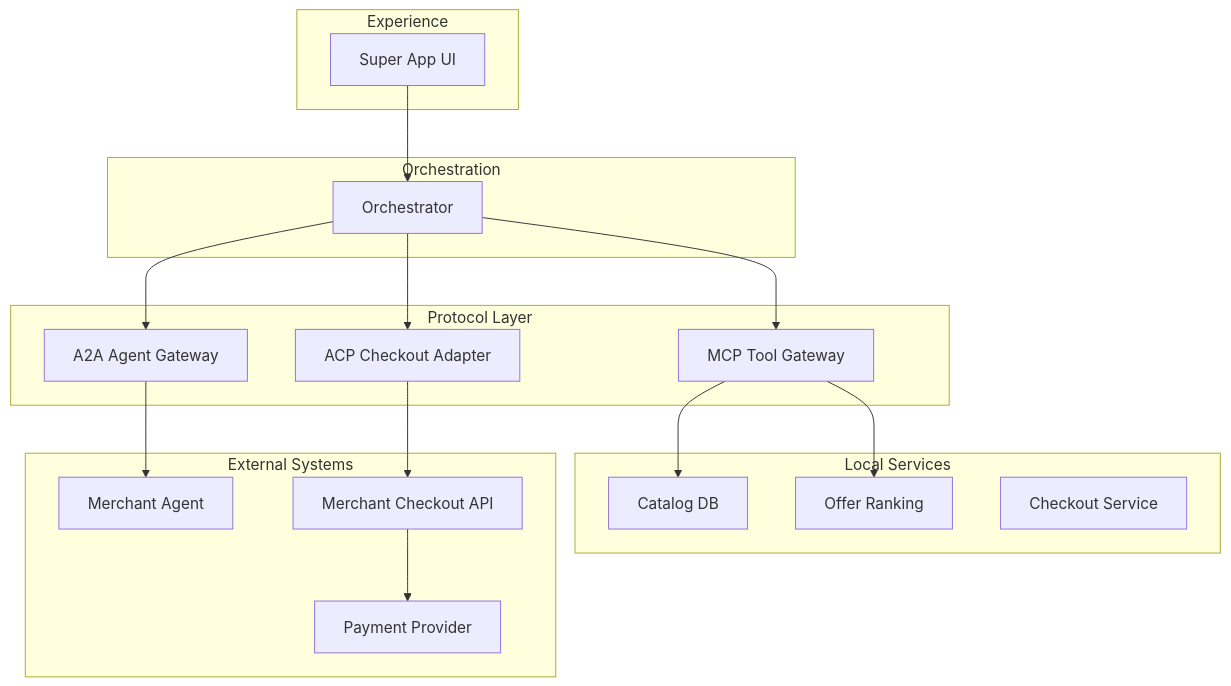
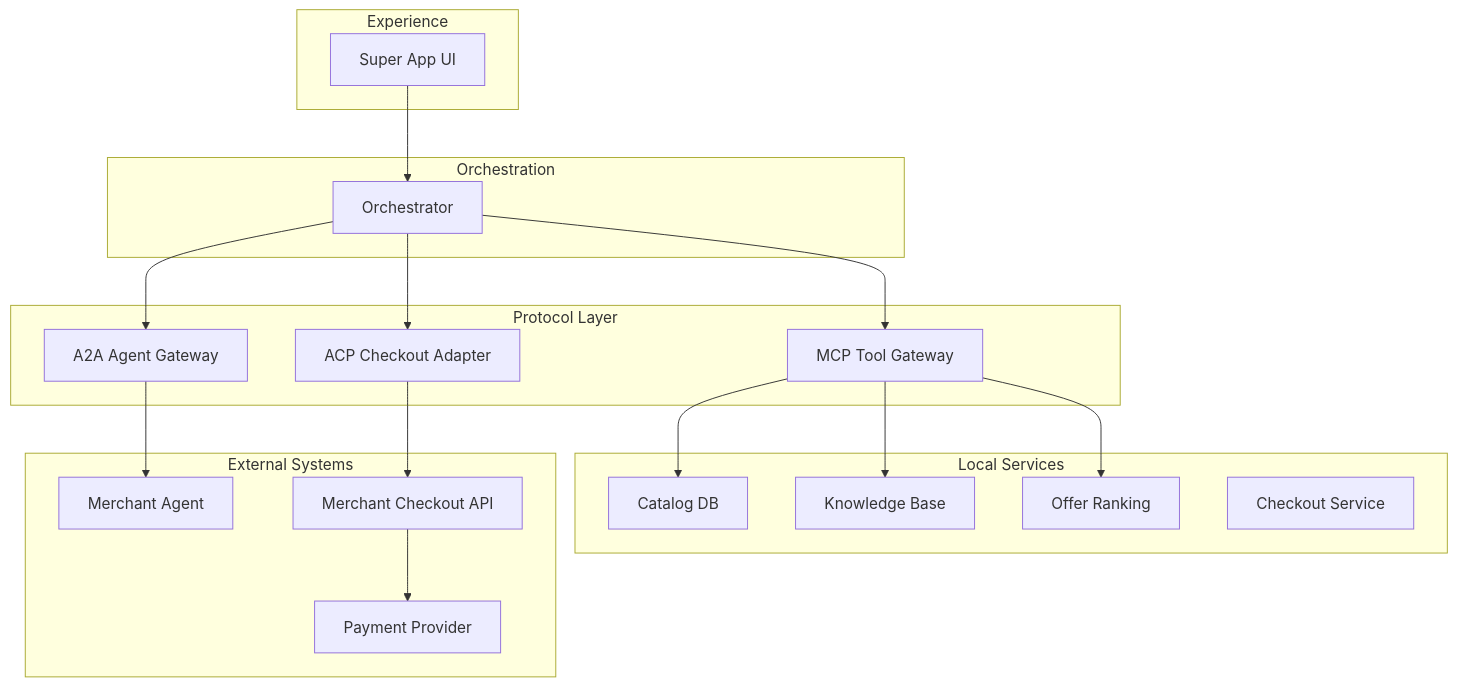
The first of 7 diagrams in understanding/design/layered-architecture-mvp.md (zhuohanl/agentic-commerce-protocol-demo), drawn with Mermaid before and after one commit. The commit also changed other lines of this file and 2 other files, not shown here.

Commit message:
Updated with knowledge base

````diff
--- a/understanding/design/layered-architecture-mvp.md
+++ b/understanding/design/layered-architecture-mvp.md
@@ -27,43 +27,45 @@
 ```mermaid
 flowchart TB
 
 subgraph L1[Experience]
 UI[Super App UI]
 end
 
 subgraph L2[Orchestration]
 Orch[Orchestrator]
 end
 
 subgraph L3[Protocol Layer]
 MCP[MCP Tool Gateway]
 A2A[A2A Agent Gateway]
 ACP[ACP Checkout Adapter]
 end
 
 subgraph L4[Local Services]
 Catalog[Catalog DB]
+KB[Knowledge Base]
 Ranker[Offer Ranking]
 Checkout[Checkout Service]
 end
 
 subgraph L5[External Systems]
 MerchantAgent[Merchant Agent]
 MerchantAPI[Merchant Checkout API]
 PSP[Payment Provider]
 end
 
 UI --> Orch
 
 Orch --> MCP
 Orch --> A2A
 Orch --> ACP
 
 MCP --> Catalog
+MCP --> KB
 MCP --> Ranker
 
 A2A --> MerchantAgent
 
 ACP --> MerchantAPI
 MerchantAPI --> PSP
 ```
````
